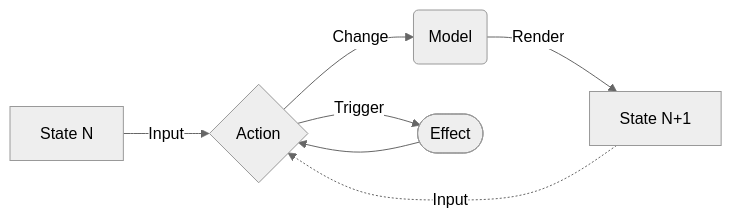
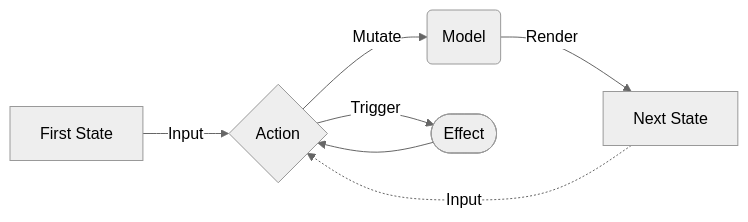
Before and after one commit to atomgomba/hurok: the diagram in README.md, drawn with Mermaid (neutral theme).

````diff
--- a/README.md
+++ b/README.md
@@ -5,5 +5,5 @@
 ```mermaid
 flowchart LR
-    A[State N] -->|Input| B{Action} -->|Change| C(Model) -->|Render| D[State N+1] -.->|Input| B
+    A[First State] -->|Input| B{Action} -->|Mutate| C(Model) -->|Render| D[Next State] -.->|Input| B
     B -->|Trigger| E([Effect]) --> B 
 ```
````
